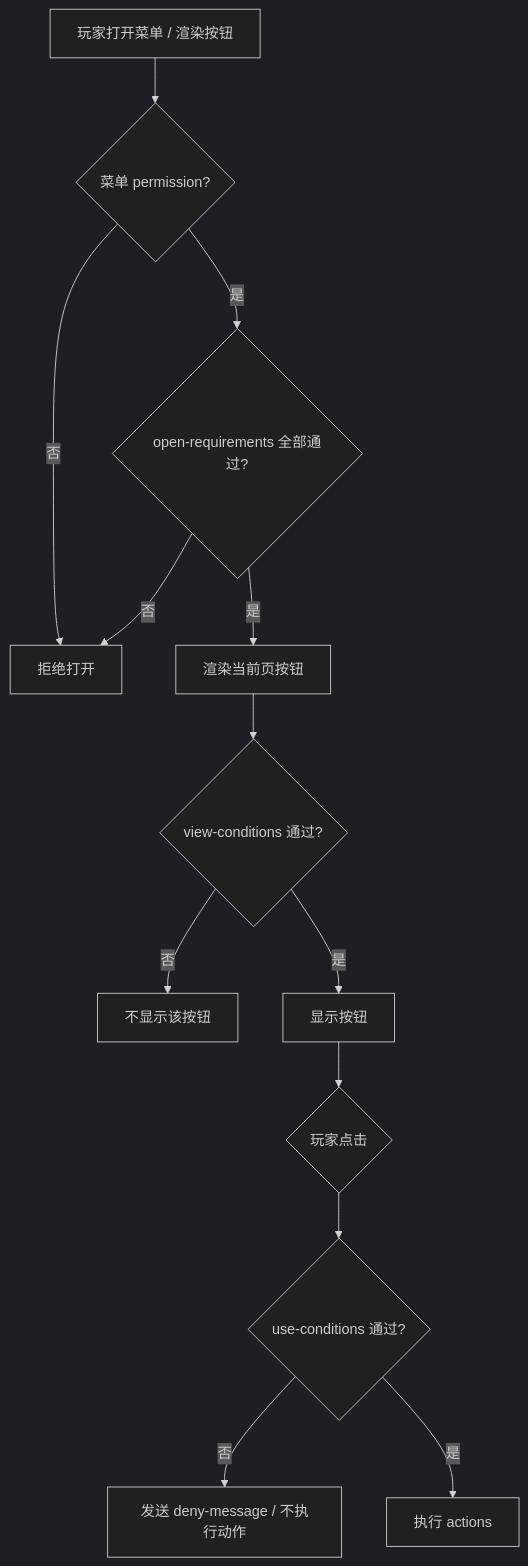
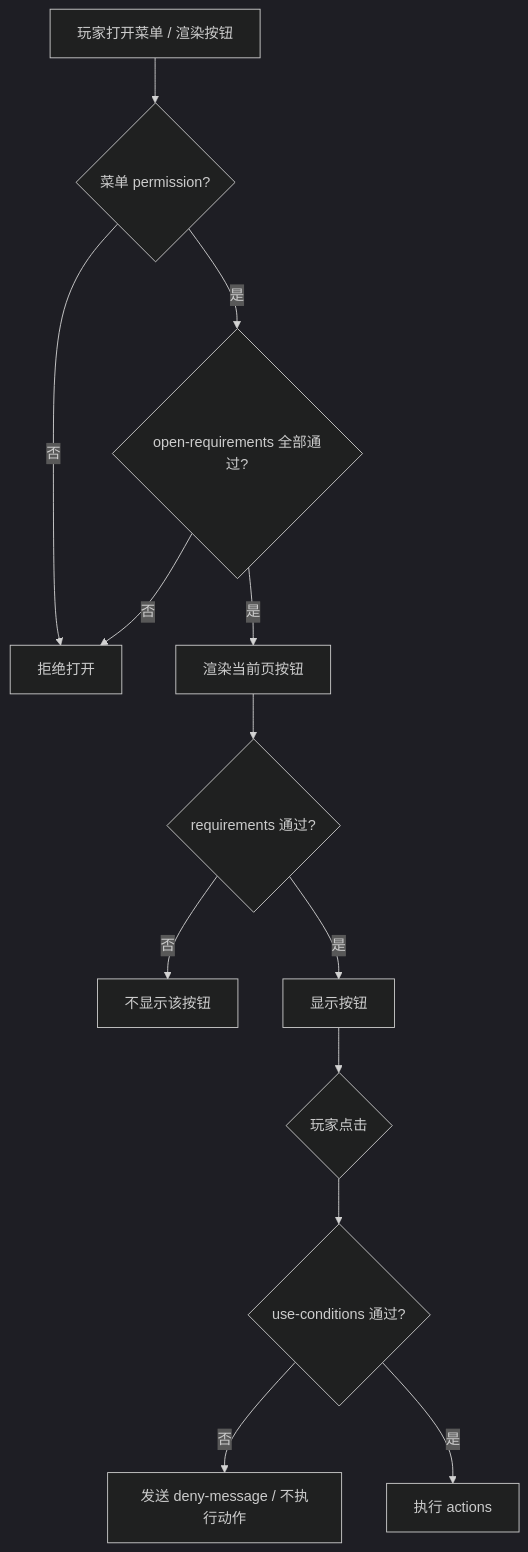
One commit to ArcartX-Suite/ArcartXSuite-Wiki changed the diagram in docs/modules/menu.md. Above: the diagram before and after it, drawn with Mermaid (dark theme). The commit also changed other lines of this file and 6 other files, not shown here.

````diff
--- a/docs/modules/menu.md
+++ b/docs/modules/menu.md
@@ -463,15 +537,15 @@
 ```mermaid
 flowchart TD
   A[玩家打开菜单 / 渲染按钮] --> B{菜单 permission?}
   B -->|否| Z[拒绝打开]
   B -->|是| C{open-requirements 全部通过?}
   C -->|否| Z
   C -->|是| D[渲染当前页按钮]
-  D --> E{view-conditions 通过?}
+  D --> E{requirements 通过?}
   E -->|否| F[不显示该按钮]
   E -->|是| G[显示按钮]
   G --> H{玩家点击}
   H --> I{use-conditions 通过?}
   I -->|否| J[发送 deny-message / 不执行动作]
   I -->|是| K[执行 actions]
 ```
````
